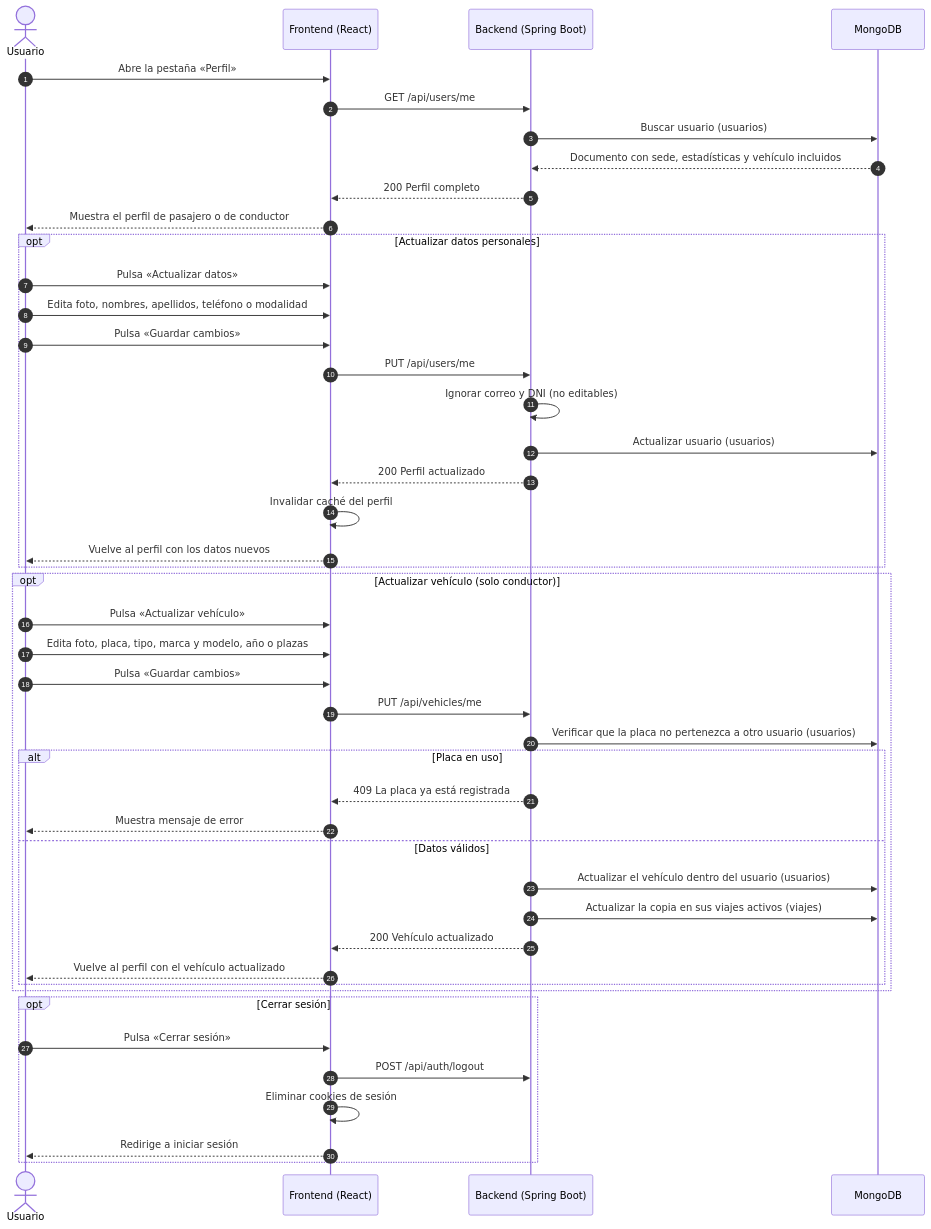
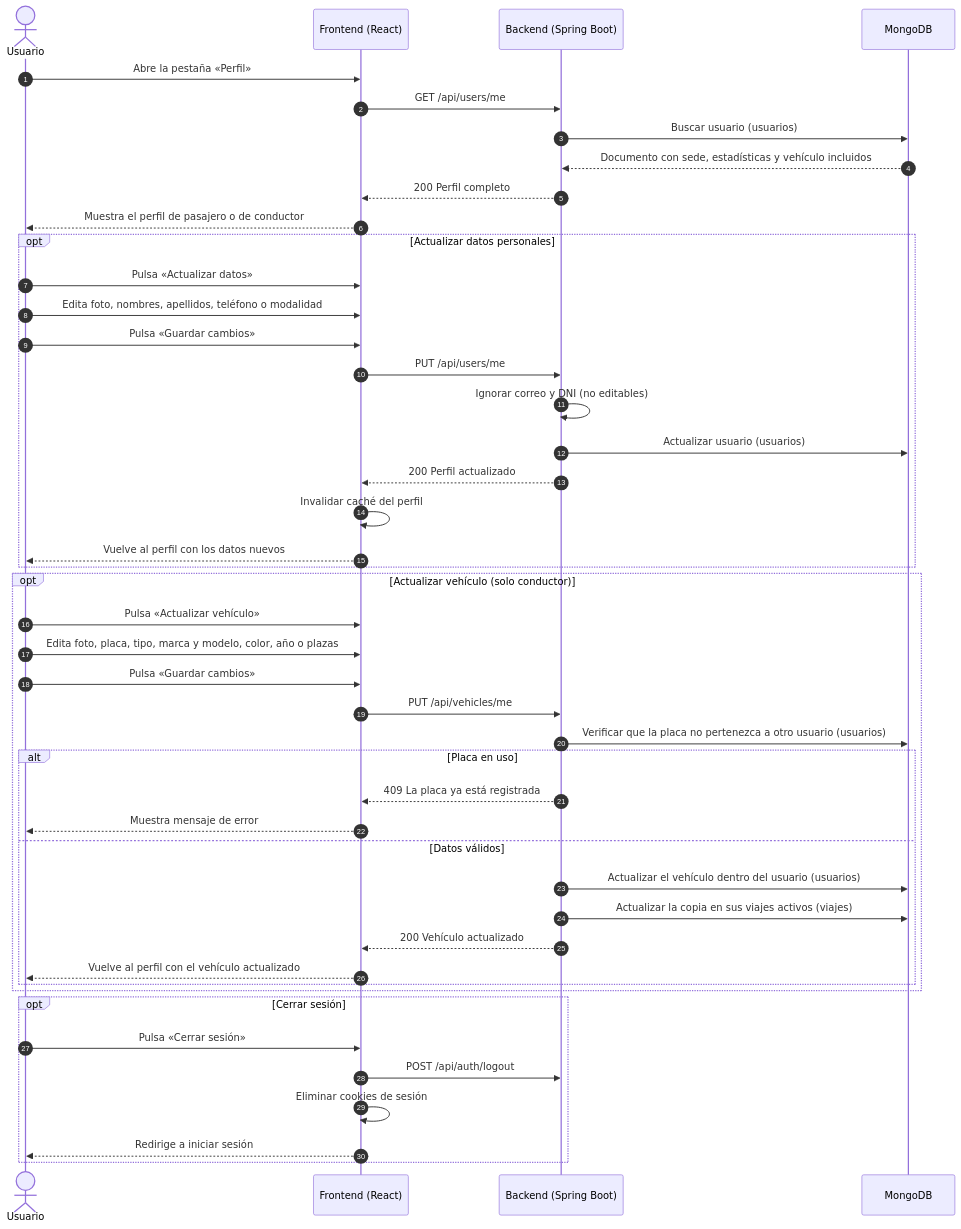
Before and after one commit to manuelguarniz/mono-movilidad-colaborativa: the seventh of 7 diagrams in README.md, drawn with Mermaid. The commit also changed other lines of this file and 3 other files, not shown here.

````diff
--- a/README.md
+++ b/README.md
@@ -663,51 +687,51 @@
 ```mermaid
 sequenceDiagram
     autonumber
     actor U as Usuario
     participant FE as Frontend (React)
     participant API as Backend (Spring Boot)
     participant DB as MongoDB
 
     U->>FE: Abre la pestaña «Perfil»
     FE->>API: GET /api/users/me
     API->>DB: Buscar usuario (usuarios)
     DB-->>API: Documento con sede, estadísticas y vehículo incluidos
     API-->>FE: 200 Perfil completo
     FE-->>U: Muestra el perfil de pasajero o de conductor
 
     opt Actualizar datos personales
         U->>FE: Pulsa «Actualizar datos»
         U->>FE: Edita foto, nombres, apellidos, teléfono o modalidad
         U->>FE: Pulsa «Guardar cambios»
         FE->>API: PUT /api/users/me
         API->>API: Ignorar correo y DNI (no editables)
         API->>DB: Actualizar usuario (usuarios)
         API-->>FE: 200 Perfil actualizado
         FE->>FE: Invalidar caché del perfil
         FE-->>U: Vuelve al perfil con los datos nuevos
     end
 
     opt Actualizar vehículo (solo conductor)
         U->>FE: Pulsa «Actualizar vehículo»
-        U->>FE: Edita foto, placa, tipo, marca y modelo, año o plazas
+        U->>FE: Edita foto, placa, tipo, marca y modelo, color, año o plazas
         U->>FE: Pulsa «Guardar cambios»
         FE->>API: PUT /api/vehicles/me
         API->>DB: Verificar que la placa no pertenezca a otro usuario (usuarios)
         alt Placa en uso
             API-->>FE: 409 La placa ya está registrada
             FE-->>U: Muestra mensaje de error
         else Datos válidos
             API->>DB: Actualizar el vehículo dentro del usuario (usuarios)
             API->>DB: Actualizar la copia en sus viajes activos (viajes)
             API-->>FE: 200 Vehículo actualizado
             FE-->>U: Vuelve al perfil con el vehículo actualizado
         end
     end
 
     opt Cerrar sesión
         U->>FE: Pulsa «Cerrar sesión»
         FE->>API: POST /api/auth/logout
         FE->>FE: Eliminar cookies de sesión
         FE-->>U: Redirige a iniciar sesión
     end
 ```
````
